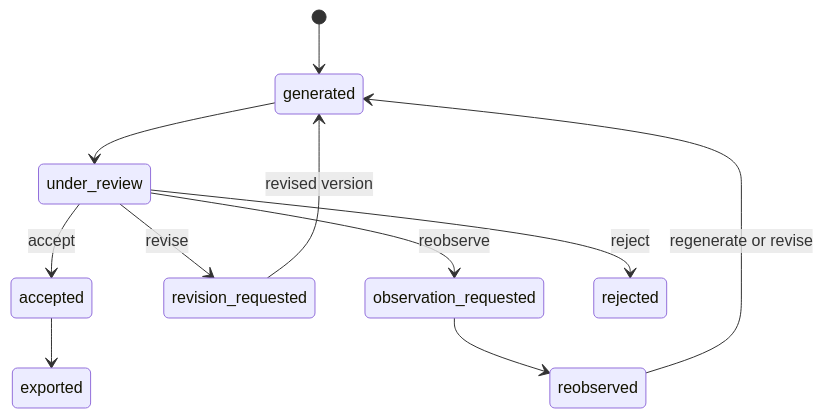
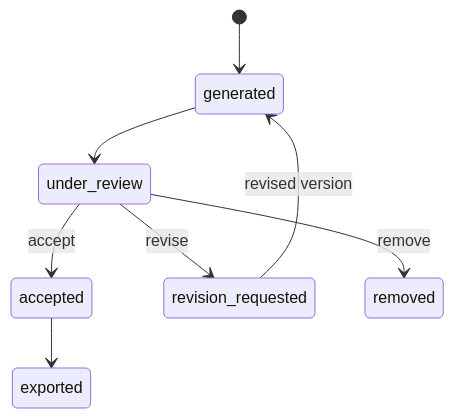
One commit to kerueilin9/OccamDraft changed the third of 6 diagrams in DESIGN.md. Above: the diagram before and after it, drawn with Mermaid. The commit also changed other lines of this file, not shown here.

````diff
--- a/DESIGN.md
+++ b/DESIGN.md
@@ -977,13 +971,10 @@
 ```mermaid
 stateDiagram-v2
     [*] --> generated
     generated --> under_review
     under_review --> accepted: accept
     under_review --> revision_requested: revise
-    under_review --> observation_requested: reobserve
-    under_review --> rejected: reject
+    under_review --> removed: remove
     revision_requested --> generated: revised version
-    observation_requested --> reobserved
-    reobserved --> generated: regenerate or revise
     accepted --> exported
 ```
````
